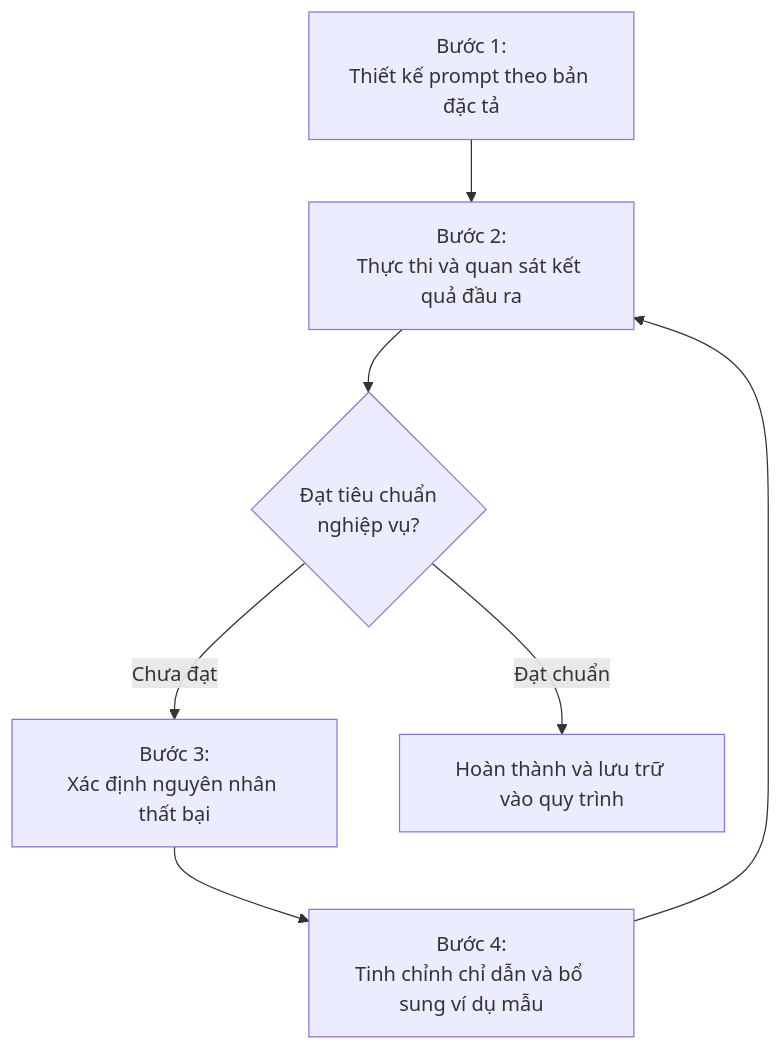
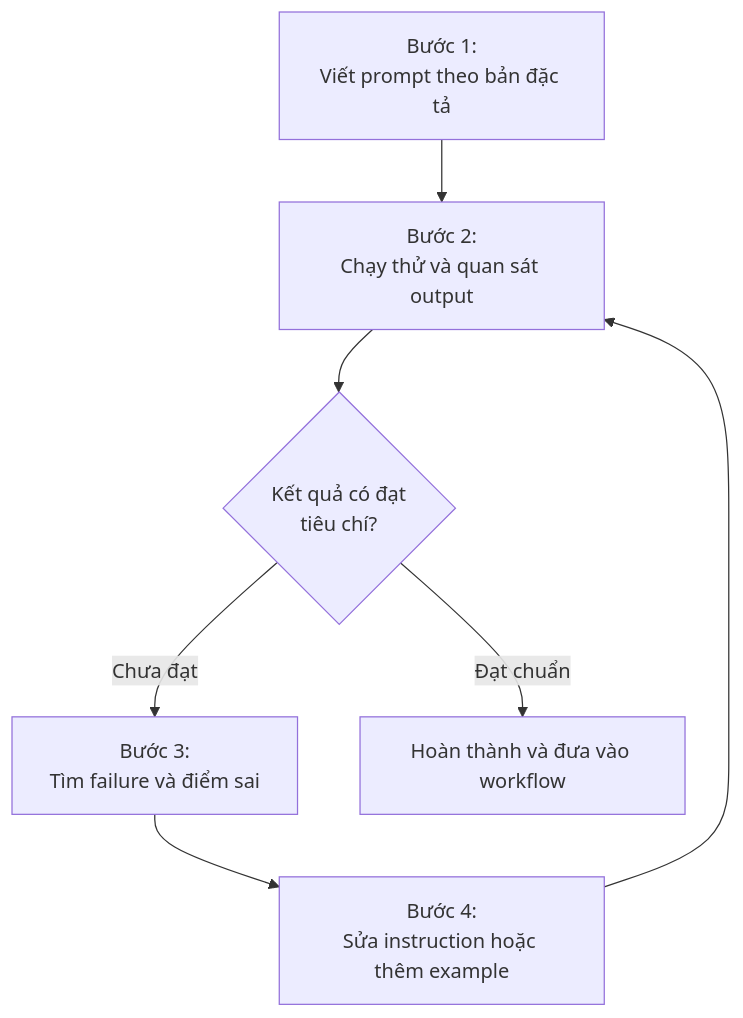
One commit to nguyengoctin/my_website changed the second of 2 diagrams in content/posts/chuan-muc-viet-prompt-tu-yeu-cau-mo-ho-den-ban-dac-ta.md. Above: the diagram before and after it, drawn with Mermaid. The commit also changed other lines of this file and 4 other files, not shown here.

Commit message:
docs: add documentation for blog writing and Mermaid diagrams while updating project guidelines and post content

````diff
--- a/content/posts/chuan-muc-viet-prompt-tu-yeu-cau-mo-ho-den-ban-dac-ta.md
+++ b/content/posts/chuan-muc-viet-prompt-tu-yeu-cau-mo-ho-den-ban-dac-ta.md
@@ -323,9 +377,9 @@
 ```mermaid
 flowchart TD
-P1["Bước 1:<br/>Thiết kế prompt theo bản đặc tả"] --> P2["Bước 2:<br/>Thực thi và quan sát kết quả đầu ra"]
-P2 --> P3{"Đạt tiêu chuẩn<br/>nghiệp vụ?"}
-P3 -->|Chưa đạt| P4["Bước 3:<br/>Xác định nguyên nhân thất bại"]
-P4 --> P5["Bước 4:<br/>Tinh chỉnh chỉ dẫn và bổ sung ví dụ mẫu"]
+P1["Bước 1:<br/>Viết prompt theo bản đặc tả"] --> P2["Bước 2:<br/>Chạy thử và quan sát output"]
+P2 --> P3{"Kết quả có đạt<br/>tiêu chí?"}
+P3 -->|Chưa đạt| P4["Bước 3:<br/>Tìm failure và điểm sai"]
+P4 --> P5["Bước 4:<br/>Sửa instruction hoặc thêm example"]
 P5 --> P2
-P3 -->|Đạt chuẩn| P6["Hoàn thành và lưu trữ vào quy trình"]
+P3 -->|Đạt chuẩn| P6["Hoàn thành và đưa vào workflow"]
 ```
````
